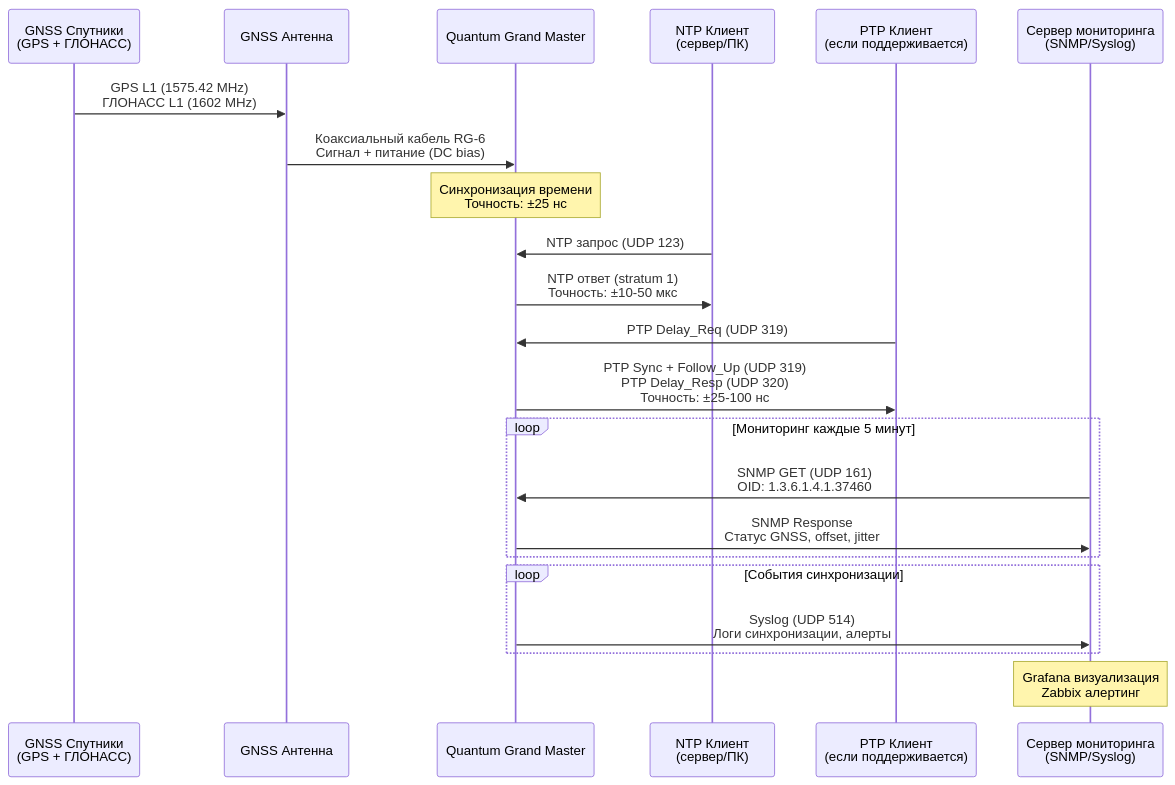
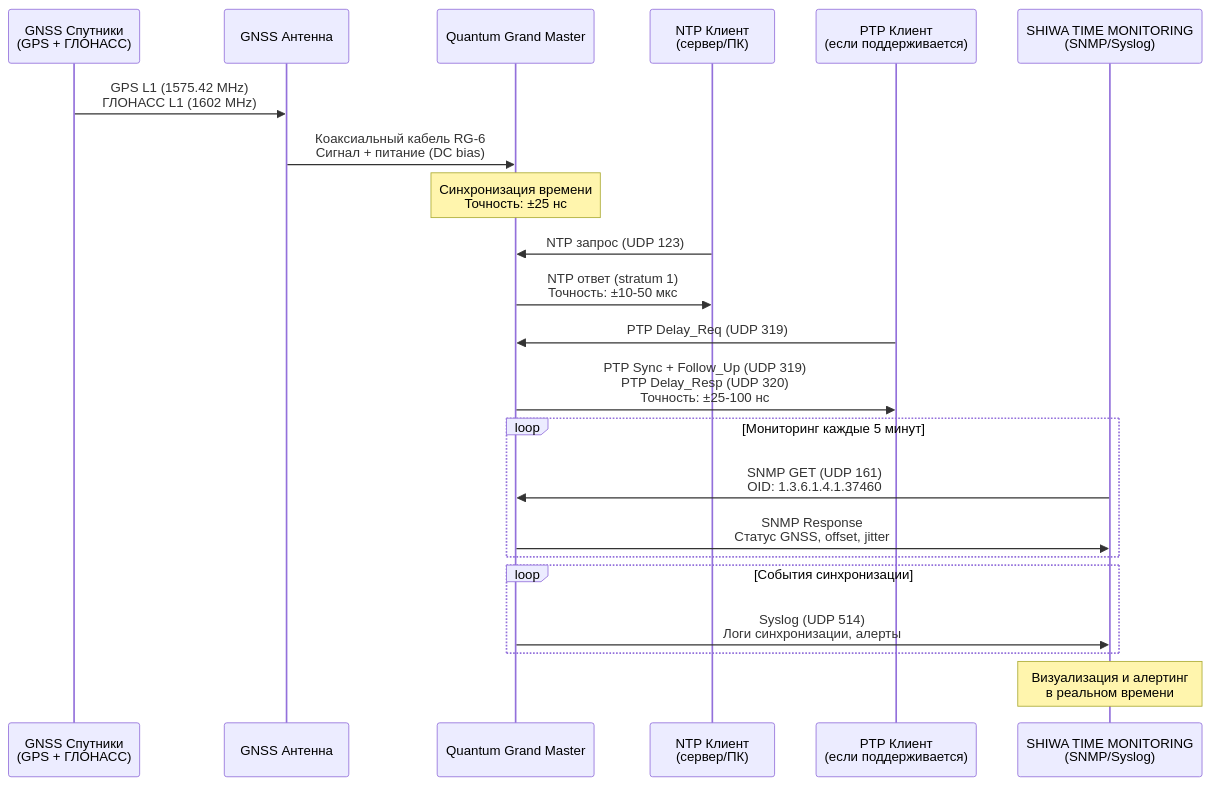
The third of 6 diagrams in network_diagrams.md (SiwaNetwork/BIZNES_HOTEL), drawn with Mermaid before and after one commit. The commit also changed other lines of this file and 4 other files, not shown here.

First line of the commit message:
Переименован 'Сервер мониторинга Zabbix + Grafana' в 'SHIWA TIME MONITORING'

````diff
--- a/network_diagrams.md
+++ b/network_diagrams.md
@@ -270,31 +270,31 @@
 ```mermaid
 sequenceDiagram
     participant GNSS as GNSS Спутники<br/>(GPS + ГЛОНАСС)
     participant ANT as GNSS Антенна
     participant GM as Quantum Grand Master
     participant NTP_CLIENT as NTP Клиент<br/>(сервер/ПК)
     participant PTP_CLIENT as PTP Клиент<br/>(если поддерживается)
-    participant SNMP as Сервер мониторинга<br/>(SNMP/Syslog)
+    participant SNMP as SHIWA TIME MONITORING<br/>(SNMP/Syslog)
     
     GNSS->>ANT: GPS L1 (1575.42 MHz)<br/>ГЛОНАСС L1 (1602 MHz)
     ANT->>GM: Коаксиальный кабель RG-6<br/>Сигнал + питание (DC bias)
     
     Note over GM: Синхронизация времени<br/>Точность: ±25 нс
     
     NTP_CLIENT->>GM: NTP запрос (UDP 123)
     GM->>NTP_CLIENT: NTP ответ (stratum 1)<br/>Точность: ±10-50 мкс
     
     PTP_CLIENT->>GM: PTP Delay_Req (UDP 319)
     GM->>PTP_CLIENT: PTP Sync + Follow_Up (UDP 319)<br/>PTP Delay_Resp (UDP 320)<br/>Точность: ±25-100 нс
     
     loop Мониторинг каждые 5 минут
         SNMP->>GM: SNMP GET (UDP 161)<br/>OID: 1.3.6.1.4.1.37460
         GM->>SNMP: SNMP Response<br/>Статус GNSS, offset, jitter
     end
     
     loop События синхронизации
         GM->>SNMP: Syslog (UDP 514)<br/>Логи синхронизации, алерты
     end
     
-    Note over SNMP: Grafana визуализация<br/>Zabbix алертинг
+    Note over SNMP: Визуализация и алертинг<br/>в реальном времени
 ```
````
